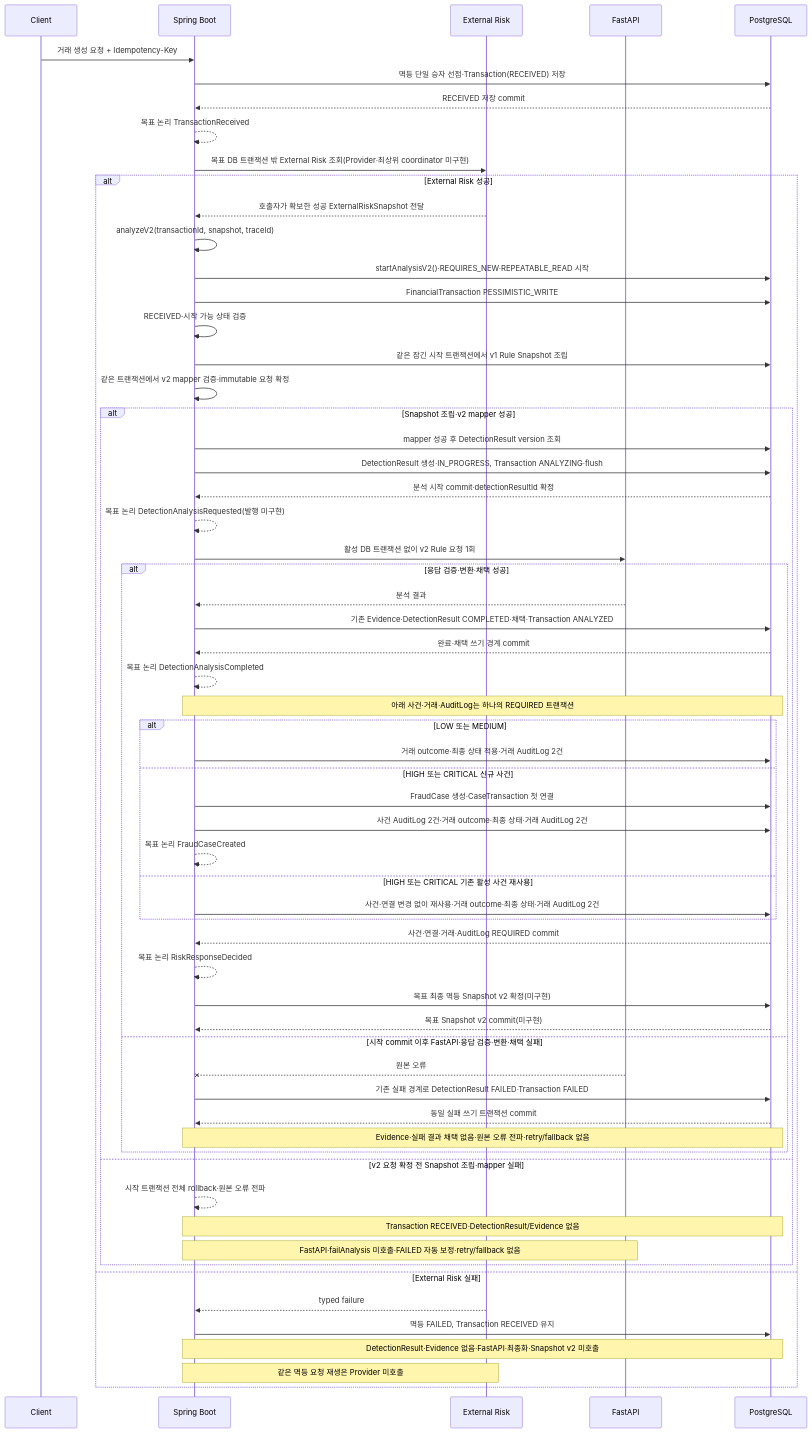
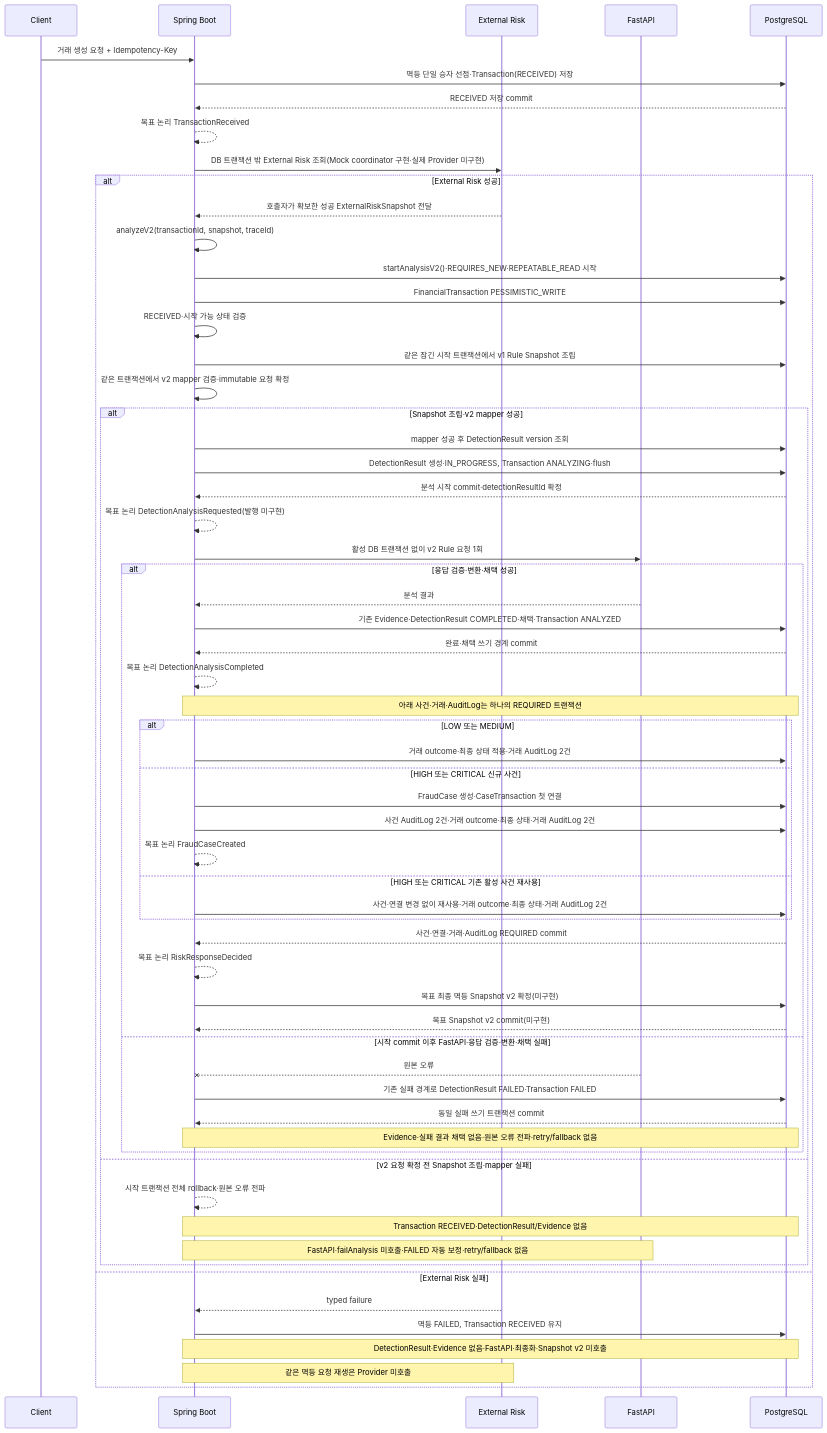
One commit to Ahnjisan/FinGuardOps changed the first of 6 diagrams in docs/03-api/domain-event-contracts.md. Above: the diagram before and after it, drawn with Mermaid. The commit also changed other lines of this file and 21 other files, not shown here.

````diff
--- a/docs/03-api/domain-event-contracts.md
+++ b/docs/03-api/domain-event-contracts.md
@@ -460,64 +461,64 @@
 ```mermaid
 sequenceDiagram
     participant Client
     participant Spring as Spring Boot
     participant Risk as External Risk
     participant FastAPI
     participant DB as PostgreSQL
 
     Client->>Spring: 거래 생성 요청 + Idempotency-Key
     Spring->>DB: 멱등 단일 승자 선점·Transaction(RECEIVED) 저장
     DB-->>Spring: RECEIVED 저장 commit
     Spring-->>Spring: 목표 논리 TransactionReceived
-    Spring->>Risk: 목표 DB 트랜잭션 밖 External Risk 조회(Provider·최상위 coordinator 미구현)
+    Spring->>Risk: DB 트랜잭션 밖 External Risk 조회(Mock coordinator 구현·실제 Provider 미구현)
     alt External Risk 성공
         Risk-->>Spring: 호출자가 확보한 성공 ExternalRiskSnapshot 전달
         Spring->>Spring: analyzeV2(transactionId, snapshot, traceId)
         Spring->>DB: startAnalysisV2()·REQUIRES_NEW·REPEATABLE_READ 시작
         Spring->>DB: FinancialTransaction PESSIMISTIC_WRITE
         Spring->>Spring: RECEIVED·시작 가능 상태 검증
         Spring->>DB: 같은 잠긴 시작 트랜잭션에서 v1 Rule Snapshot 조립
         Spring->>Spring: 같은 트랜잭션에서 v2 mapper 검증·immutable 요청 확정
         alt Snapshot 조립·v2 mapper 성공
             Spring->>DB: mapper 성공 후 DetectionResult version 조회
             Spring->>DB: DetectionResult 생성·IN_PROGRESS, Transaction ANALYZING·flush
             DB-->>Spring: 분석 시작 commit·detectionResultId 확정
             Spring-->>Spring: 목표 논리 DetectionAnalysisRequested(발행 미구현)
             Spring->>FastAPI: 활성 DB 트랜잭션 없이 v2 Rule 요청 1회
             alt 응답 검증·변환·채택 성공
                 FastAPI-->>Spring: 분석 결과
                 Spring->>DB: 기존 Evidence·DetectionResult COMPLETED·채택·Transaction ANALYZED
                 DB-->>Spring: 완료·채택 쓰기 경계 commit
                 Spring-->>Spring: 목표 논리 DetectionAnalysisCompleted
                 Note over Spring,DB: 아래 사건·거래·AuditLog는 하나의 REQUIRED 트랜잭션
                 alt LOW 또는 MEDIUM
                     Spring->>DB: 거래 outcome·최종 상태 적용·거래 AuditLog 2건
                 else HIGH 또는 CRITICAL 신규 사건
                     Spring->>DB: FraudCase 생성·CaseTransaction 첫 연결
                     Spring->>DB: 사건 AuditLog 2건·거래 outcome·최종 상태·거래 AuditLog 2건
                     Spring-->>Spring: 목표 논리 FraudCaseCreated
                 else HIGH 또는 CRITICAL 기존 활성 사건 재사용
                     Spring->>DB: 사건·연결 변경 없이 재사용·거래 outcome·최종 상태·거래 AuditLog 2건
                 end
                 DB-->>Spring: 사건·연결·거래·AuditLog REQUIRED commit
                 Spring-->>Spring: 목표 논리 RiskResponseDecided
                 Spring->>DB: 목표 최종 멱등 Snapshot v2 확정(미구현)
                 DB-->>Spring: 목표 Snapshot v2 commit(미구현)
             else 시작 commit 이후 FastAPI·응답 검증·변환·채택 실패
                 FastAPI--xSpring: 원본 오류
                 Spring->>DB: 기존 실패 경계로 DetectionResult FAILED·Transaction FAILED
                 DB-->>Spring: 동일 실패 쓰기 트랜잭션 commit
                 Note over Spring,DB: Evidence·실패 결과 채택 없음·원본 오류 전파·retry/fallback 없음
             end
         else v2 요청 확정 전 Snapshot 조립·mapper 실패
             Spring-->>Spring: 시작 트랜잭션 전체 rollback·원본 오류 전파
             Note over Spring,DB: Transaction RECEIVED·DetectionResult/Evidence 없음
             Note over Spring,FastAPI: FastAPI·failAnalysis 미호출·FAILED 자동 보정·retry/fallback 없음
         end
     else External Risk 실패
         Risk-->>Spring: typed failure
         Spring->>DB: 멱등 FAILED, Transaction RECEIVED 유지
         Note over Spring,DB: DetectionResult·Evidence 없음·FastAPI·최종화·Snapshot v2 미호출
         Note over Spring,Risk: 같은 멱등 요청 재생은 Provider 미호출
     end
 ```
````
